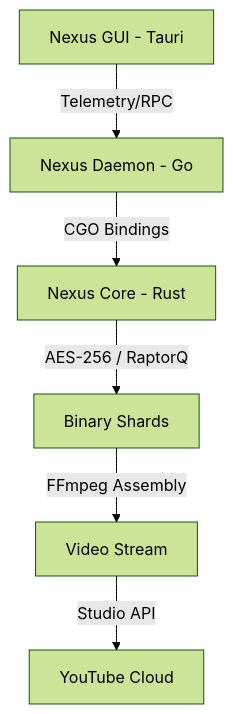
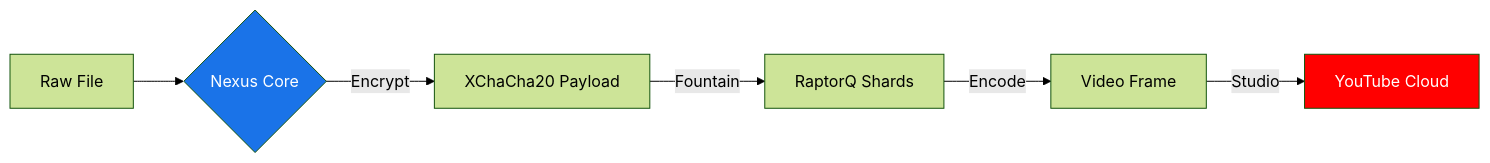
One commit to KOUSSEMON-Aurel/Nexus-Storage changed the diagram in README.md. Above: the diagram before and after it, drawn with Mermaid (forest theme). The commit also changed other lines of this file, not shown here.

Commit message:
feat: Nexus Storage 2.2 - Rounded GUI aesthetics and technical deep-dive documentation

````diff
--- a/README.md
+++ b/README.md
@@ -25,8 +41,10 @@
 ```mermaid
-graph TD
-    A[Nexus GUI - Tauri] -->|Telemetry/RPC| B[Nexus Daemon - Go]
-    B -->|CGO Bindings| C[Nexus Core - Rust]
-    C -->|AES-256 / RaptorQ| D[Binary Shards]
-    D -->|FFmpeg Assembly| E[Video Stream]
-    E -->|Studio API| F[YouTube Cloud]
+graph LR
+    A[Raw File] --> B{Nexus Core}
+    B -->|Encrypt| C[XChaCha20 Payload]
+    C -->|Fountain| D[RaptorQ Shards]
+    D -->|Encode| E[Video Frame]
+    E -->|Studio| F[YouTube Cloud]
+    style B fill:#1A73E8,color:#fff
+    style F fill:#FF0000,color:#fff
 ```
````
